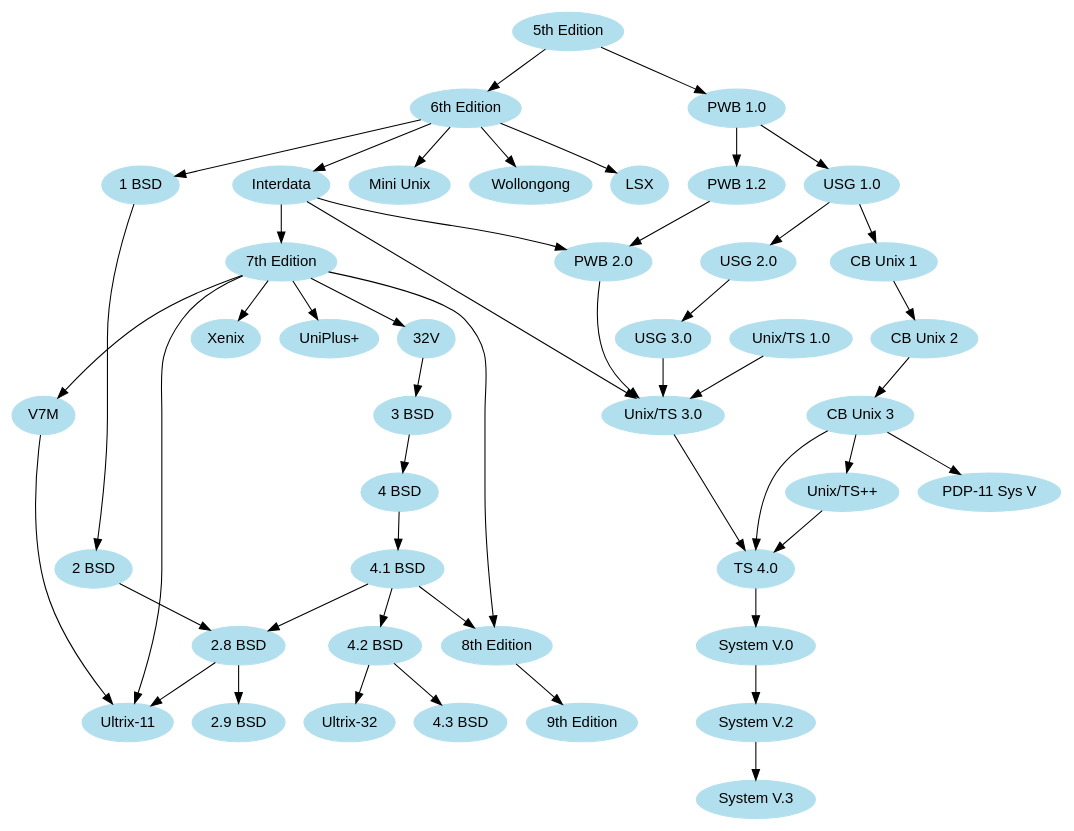
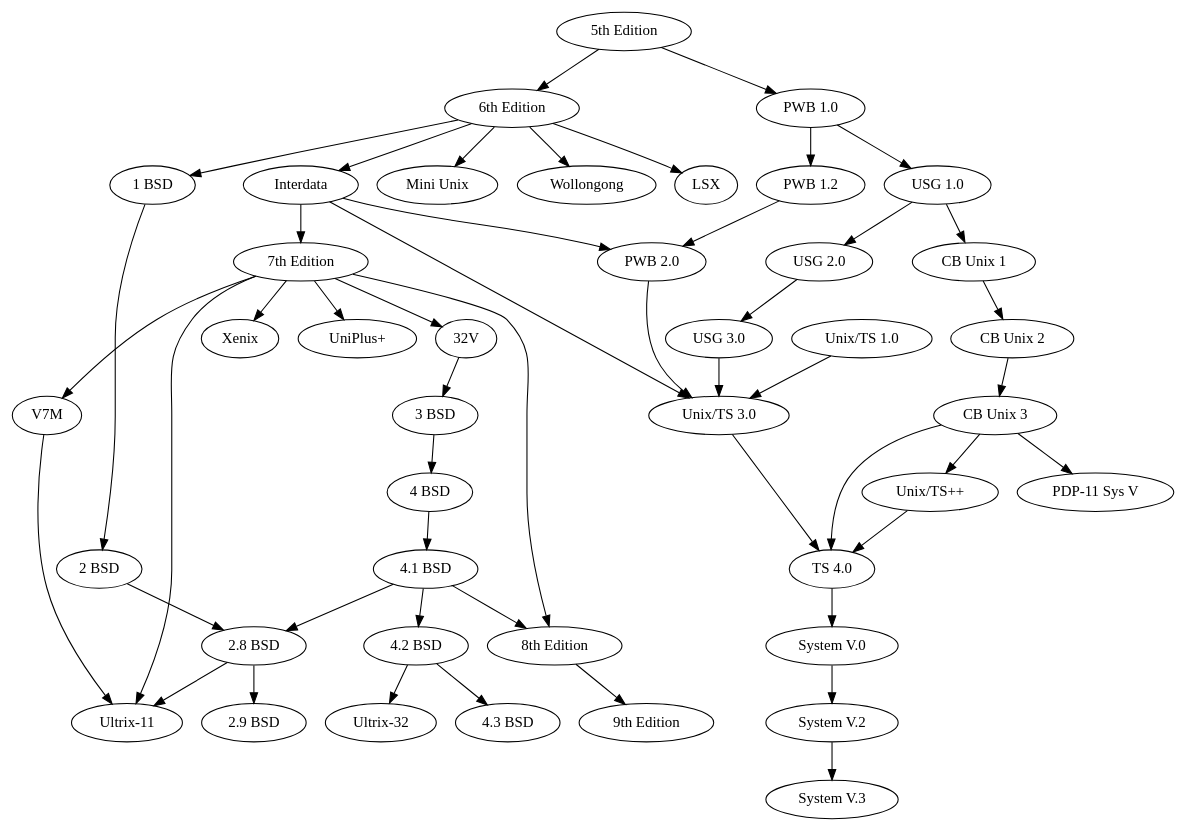
One commit to kimonp/dot-rs changed the diagram in dot_examples/graphviz.org/unix.dot. Above: the diagram before and after it, drawn with Graphviz. The commit also changed 11 other files, not shown here.

```diff
--- a/dot_examples/graphviz.org/unix.dot
+++ b/dot_examples/graphviz.org/unix.dot
@@ -1,56 +1,58 @@
-/* courtesy Ian Darwin and Geoff Collyer, Softquad Inc. */
-digraph unix {
+/* courtesy Ian Darwin and Geoff Collyer, Softquad Inc. 
+
 	fontname="Helvetica,Arial,sans-serif"
 	node [fontname="Helvetica,Arial,sans-serif"]
 	edge [fontname="Helvetica,Arial,sans-serif"]
 	node [color=lightblue2, style=filled];
+*/
+digraph unix {
 	"5th Edition" -> "6th Edition";
 	"5th Edition" -> "PWB 1.0";
 	"6th Edition" -> "LSX";
 	"6th Edition" -> "1 BSD";
 	"6th Edition" -> "Mini Unix";
 	"6th Edition" -> "Wollongong";
 	"6th Edition" -> "Interdata";
 	"Interdata" -> "Unix/TS 3.0";
 	"Interdata" -> "PWB 2.0";
 	"Interdata" -> "7th Edition";
 	"7th Edition" -> "8th Edition";
 	"7th Edition" -> "32V";
 	"7th Edition" -> "V7M";
 	"7th Edition" -> "Ultrix-11";
 	"7th Edition" -> "Xenix";
 	"7th Edition" -> "UniPlus+";
 	"V7M" -> "Ultrix-11";
 	"8th Edition" -> "9th Edition";
 	"1 BSD" -> "2 BSD";
 	"2 BSD" -> "2.8 BSD";
 	"2.8 BSD" -> "Ultrix-11";
 	"2.8 BSD" -> "2.9 BSD";
 	"32V" -> "3 BSD";
 	"3 BSD" -> "4 BSD";
 	"4 BSD" -> "4.1 BSD";
 	"4.1 BSD" -> "4.2 BSD";
 	"4.1 BSD" -> "2.8 BSD";
 	"4.1 BSD" -> "8th Edition";
 	"4.2 BSD" -> "4.3 BSD";
 	"4.2 BSD" -> "Ultrix-32";
 	"PWB 1.0" -> "PWB 1.2";
 	"PWB 1.0" -> "USG 1.0";
 	"PWB 1.2" -> "PWB 2.0";
 	"USG 1.0" -> "CB Unix 1";
 	"USG 1.0" -> "USG 2.0";
 	"CB Unix 1" -> "CB Unix 2";
 	"CB Unix 2" -> "CB Unix 3";
 	"CB Unix 3" -> "Unix/TS++";
 	"CB Unix 3" -> "PDP-11 Sys V";
 	"USG 2.0" -> "USG 3.0";
 	"USG 3.0" -> "Unix/TS 3.0";
 	"PWB 2.0" -> "Unix/TS 3.0";
 	"Unix/TS 1.0" -> "Unix/TS 3.0";
 	"Unix/TS 3.0" -> "TS 4.0";
 	"Unix/TS++" -> "TS 4.0";
 	"CB Unix 3" -> "TS 4.0";
 	"TS 4.0" -> "System V.0";
 	"System V.0" -> "System V.2";
 	"System V.2" -> "System V.3";
 }
```
